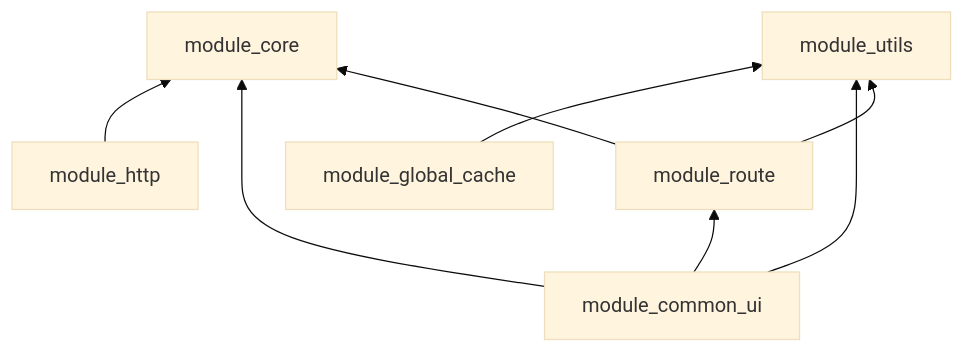
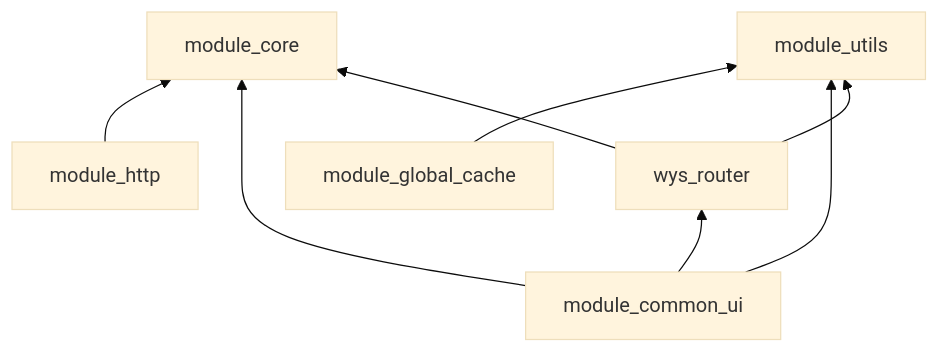
The second of 4 diagrams in docs/architecture.md (stvenfor/my_ai_project), drawn with Mermaid (base theme) before and after one commit. The commit also changed other lines of this file and 315 other files, not shown here.

First line of the commit message:
feat: 迁入 wys_* 栈并将 module_route 合并进 wys_router

````diff
--- a/docs/architecture.md
+++ b/docs/architecture.md
@@ -55,17 +55,17 @@
 ```mermaid
 graph BT
     core[module_core]
     utils[module_utils]
     http[module_http]
     cache[module_global_cache]
     ui[module_common_ui]
-    route[module_route]
+    route[wys_router]
 
     http --> core
     cache --> utils
     ui --> core
     ui --> utils
     ui --> route
     route --> core
     route --> utils
 ```
````
